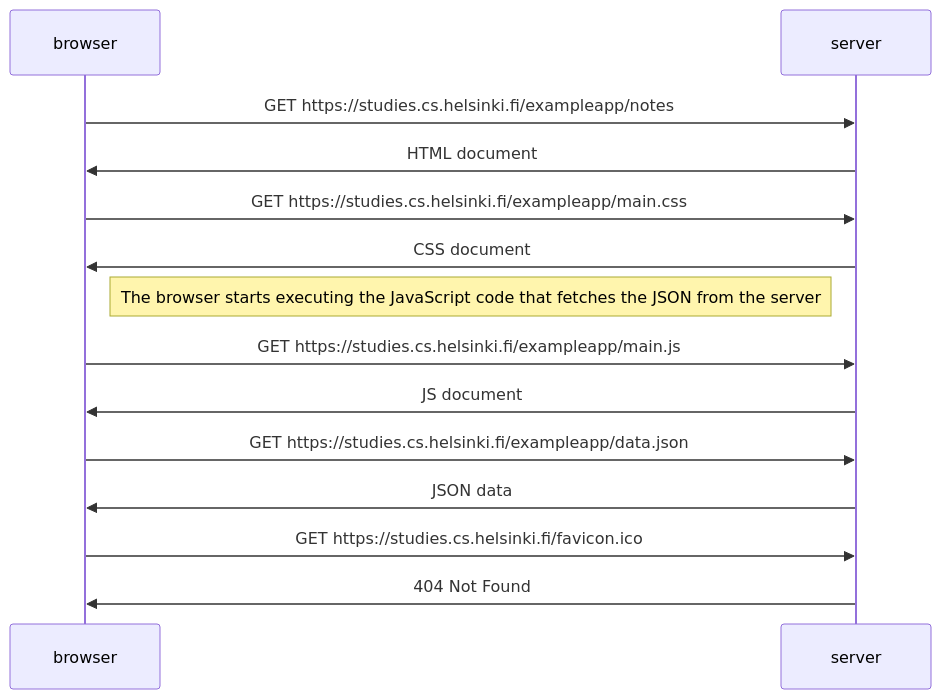
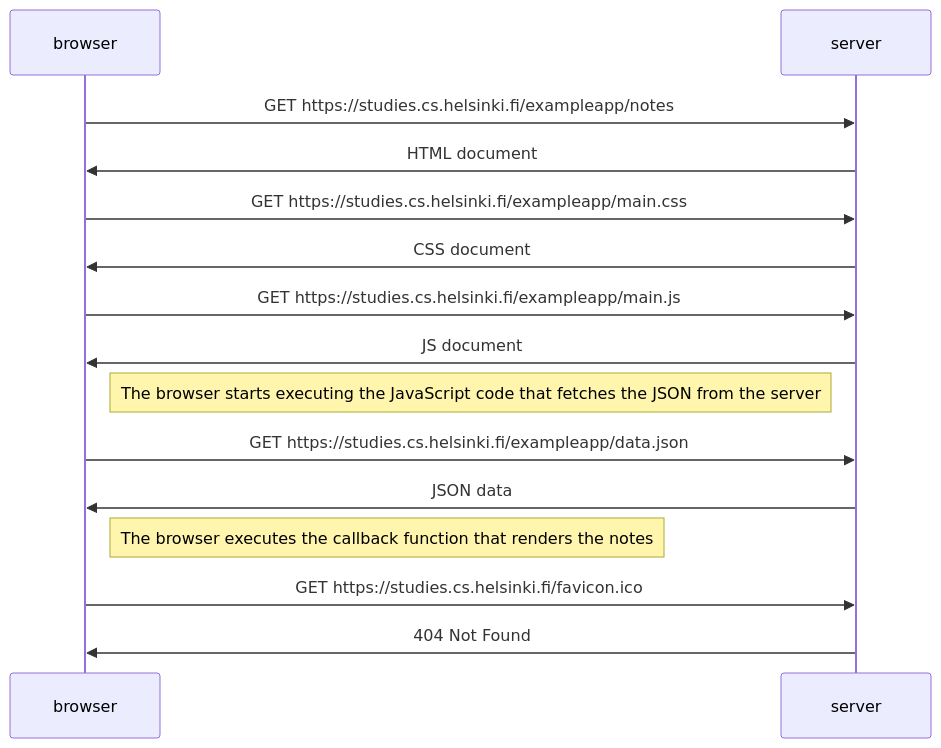
The diagram in part0/04_Nuevo_Diagrama_de_nota.md (xj4v1x/fullstackopen), drawn with Mermaid before and after one commit.

````diff
--- a/part0/04_Nuevo_Diagrama_de_nota.md
+++ b/part0/04_Nuevo_Diagrama_de_nota.md
@@ -19,20 +19,22 @@
 ```mermaid
 sequenceDiagram
     participant browser
     participant server
 
     browser->>server: GET https://studies.cs.helsinki.fi/exampleapp/notes
     server->>browser: HTML document
 
     browser->>server: GET https://studies.cs.helsinki.fi/exampleapp/main.css
     server->>browser: CSS document
-    Note right of browser: The browser starts executing the JavaScript code that fetches the JSON from the server
+    
     browser->>server: GET https://studies.cs.helsinki.fi/exampleapp/main.js
     server->>browser: JS document
+    Note right of browser: The browser starts executing the JavaScript code that fetches the JSON from the server
 
     browser->>server: GET https://studies.cs.helsinki.fi/exampleapp/data.json
     server->>browser: JSON data
+    Note right of browser: The browser executes the callback function that renders the notes
 
     browser->>server: GET https://studies.cs.helsinki.fi/favicon.ico
     server->>browser: 404 Not Found
 ```
````
